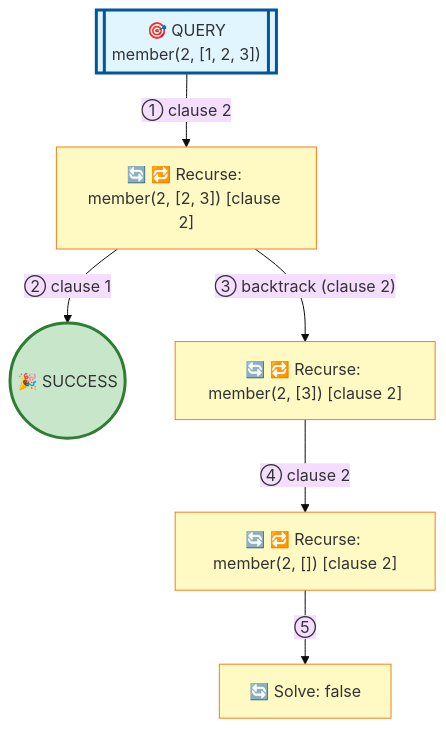
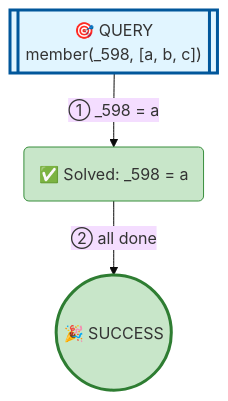
The diagram in examples/member-standard.md (jarecsni/prolog-trace-viz), drawn with Mermaid (base theme) before and after one commit. The commit also changed other lines of this file and 26 other files, not shown here.

````diff
--- a/examples/member-standard.md
+++ b/examples/member-standard.md
@@ -16,26 +16,17 @@
 ```mermaid
 graph TD
 
 %% Nodes
-A[["🎯 QUERY<br/>member(2, [1, 2, 3])"]]
-B["🔄 🔁 Recurse: member(2, [2, 3]) [clause 2]"]
+A[["🎯 QUERY<br/>member(_598, [a, b, c])"]]
+B("✅ Solved: _598 = a")
 C(("🎉 SUCCESS"))
-D["🔄 🔁 Recurse: member(2, [3]) [clause 2]"]
-E["🔄 🔁 Recurse: member(2, []) [clause 2]"]
-F["🔄 Solve: false"]
 
 %% Edges
-A -->|"① clause 2"| B
-B -->|"② clause 1"| C
-B -->|"③ backtrack (clause 2)"| D
-D -->|"④ clause 2"| E
-E -->|"⑤"| F
+A -->|"① _598 = a"| B
+B -->|"② all done"| C
 
 %% Styles
 style A fill:#e1f5ff,stroke:#01579b,stroke-width:3px
-style B fill:#fff9c4,stroke:#f57f17
+style B fill:#c8e6c9,stroke:#388e3c
 style C fill:#c8e6c9,stroke:#2e7d32,stroke-width:3px
-style D fill:#fff9c4,stroke:#f57f17
-style E fill:#fff9c4,stroke:#f57f17
-style F fill:#fff9c4,stroke:#f57f17
 ```
````
